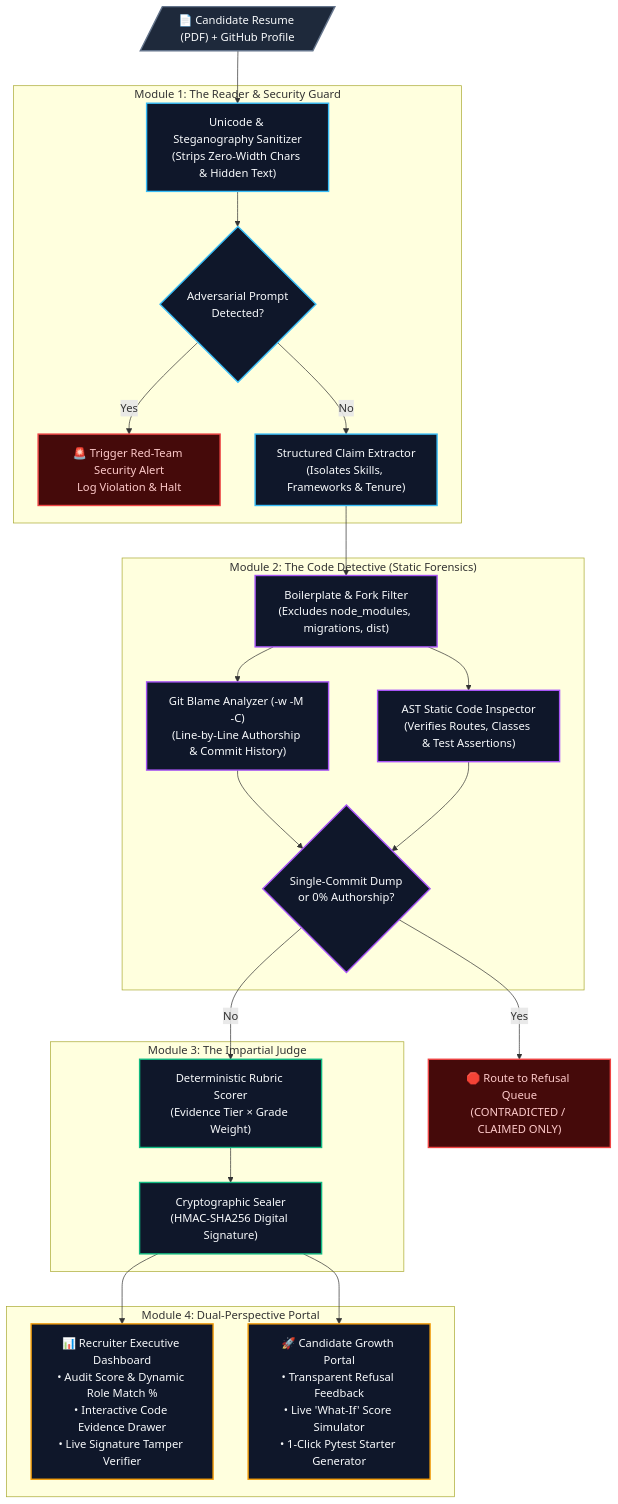
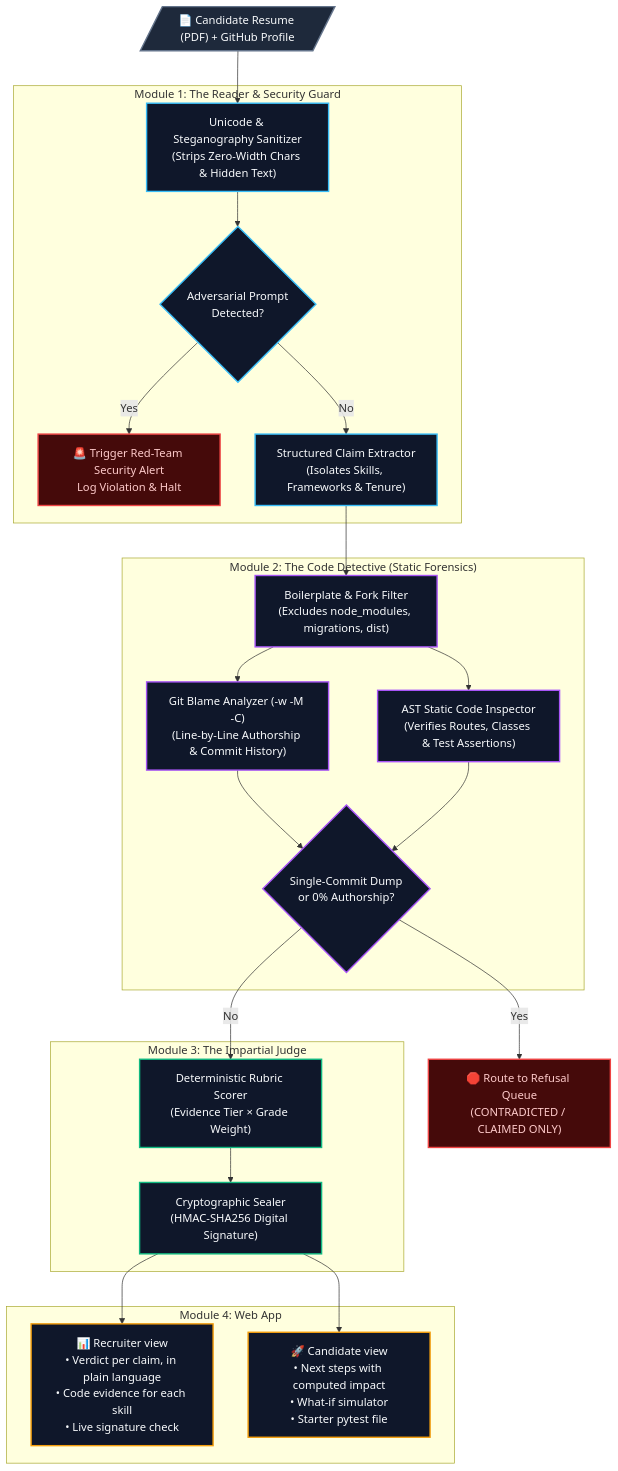
Before and after one commit to 00FY/SKILL_PASSPORT: the diagram in README.md, drawn with Mermaid. The commit also changed other lines of this file and 45 other files, not shown here.

````diff
--- a/README.md
+++ b/README.md
@@ -31,42 +31,42 @@
 ```mermaid
 flowchart TD
     classDef input fill:#1e293b,stroke:#64748b,stroke-width:2px,color:#f8fafc
     classDef mod1 fill:#0f172a,stroke:#38bdf8,stroke-width:2px,color:#f8fafc
     classDef mod2 fill:#0f172a,stroke:#a855f7,stroke-width:2px,color:#f8fafc
     classDef mod3 fill:#0f172a,stroke:#10b981,stroke-width:2px,color:#f8fafc
     classDef mod4 fill:#0f172a,stroke:#f59e0b,stroke-width:2px,color:#f8fafc
     classDef alert fill:#450a0a,stroke:#ef4444,stroke-width:2px,color:#fecaca
 
     A[/"📄 Candidate Resume (PDF) + GitHub Profile"/]:::input --> B
 
     subgraph M1 ["Module 1: The Reader & Security Guard"]
         B["Unicode & Steganography Sanitizer<br/>(Strips Zero-Width Chars & Hidden Text)"]:::mod1
         B --> C{"Adversarial Prompt<br/>Detected?"}:::mod1
         C -- "Yes" --> X["🚨 Trigger Red-Team Security Alert<br/>Log Violation & Halt"]:::alert
         C -- "No" --> D["Structured Claim Extractor<br/>(Isolates Skills, Frameworks & Tenure)"]:::mod1
     end
 
     D --> E
 
     subgraph M2 ["Module 2: The Code Detective (Static Forensics)"]
         E["Boilerplate & Fork Filter<br/>(Excludes node_modules, migrations, dist)"]:::mod2
         E --> F["Git Blame Analyzer (-w -M -C)<br/>(Line-by-Line Authorship & Commit History)"]:::mod2
         E --> G["AST Static Code Inspector<br/>(Verifies Routes, Classes & Test Assertions)"]:::mod2
         F & G --> H{"Single-Commit Dump<br/>or 0% Authorship?"}:::mod2
     end
 
     H -- "Yes" --> I["🛑 Route to Refusal Queue<br/>(CONTRADICTED / CLAIMED ONLY)"]:::alert
     H -- "No" --> J
 
     subgraph M3 ["Module 3: The Impartial Judge"]
         J["Deterministic Rubric Scorer<br/>(Evidence Tier × Grade Weight)"]:::mod3
         J --> K["Cryptographic Sealer<br/>(HMAC-SHA256 Digital Signature)"]:::mod3
     end
 
     K --> L & M
 
-    subgraph M4 ["Module 4: Dual-Perspective Portal"]
-        L["📊 Recruiter Executive Dashboard<br/>• Audit Score & Dynamic Role Match %<br/>• Interactive Code Evidence Drawer<br/>• Live Signature Tamper Verifier"]:::mod4
-        M["🚀 Candidate Growth Portal<br/>• Transparent Refusal Feedback<br/>• Live 'What-If' Score Simulator<br/>• 1-Click Pytest Starter Generator"]:::mod4
+    subgraph M4 ["Module 4: Web App"]
+        L["📊 Recruiter view<br/>• Verdict per claim, in plain language<br/>• Code evidence for each skill<br/>• Live signature check"]:::mod4
+        M["🚀 Candidate view<br/>• Next steps with computed impact<br/>• What-if simulator<br/>• Starter pytest file"]:::mod4
     end
 ```
````
